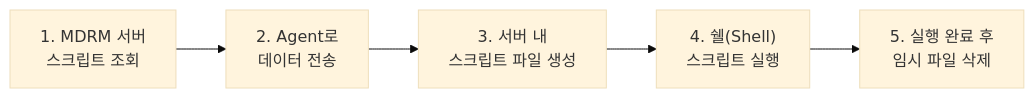
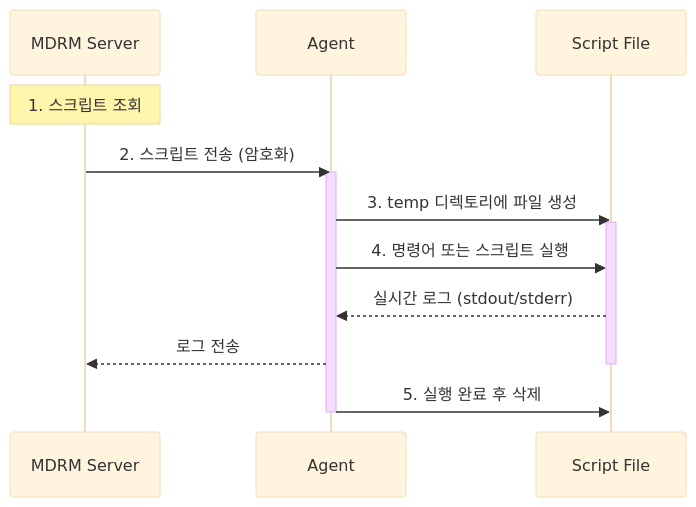
The diagram in docs/day3/MDRM_컴포넌트_실행_프로세스.md (ai-uzoogom/MDRM_manual), drawn with Mermaid (base theme) before and after one commit. The commit also changed 27 other files, not shown here.

````diff
--- a/docs/day3/MDRM_컴포넌트_실행_프로세스.md
+++ b/docs/day3/MDRM_컴포넌트_실행_프로세스.md
@@ -10,7 +10,19 @@
 ```mermaid
-flowchart LR
-    A["1. MDRM 서버<br/>스크립트 조회"] --> B["2. Agent로<br/>데이터 전송"]
-    B --> C["3. 서버 내<br/>스크립트 파일 생성"]
-    C --> D["4. 쉘(Shell)<br/>스크립트 실행"]
-    D --> E["5. 실행 완료 후<br/>임시 파일 삭제"]
+sequenceDiagram
+    participant S as MDRM Server
+    participant A as Agent
+    participant F as Script File
+
+    Note over S: 1. 스크립트 조회
+    S->>A: 2. 스크립트 전송 (암호화)
+    activate A
+    A->>F: 3. temp 디렉토리에 파일 생성
+    activate F
+    A->>F: 4. 명령어 또는 스크립트 실행
+    F-->>A: 실시간 로그 (stdout/stderr)
+    A-->>S: 로그 전송
+    deactivate F
+    A->>F: 5. 실행 완료 후 삭제
+    destroy F
+    deactivate A
 ```
````
